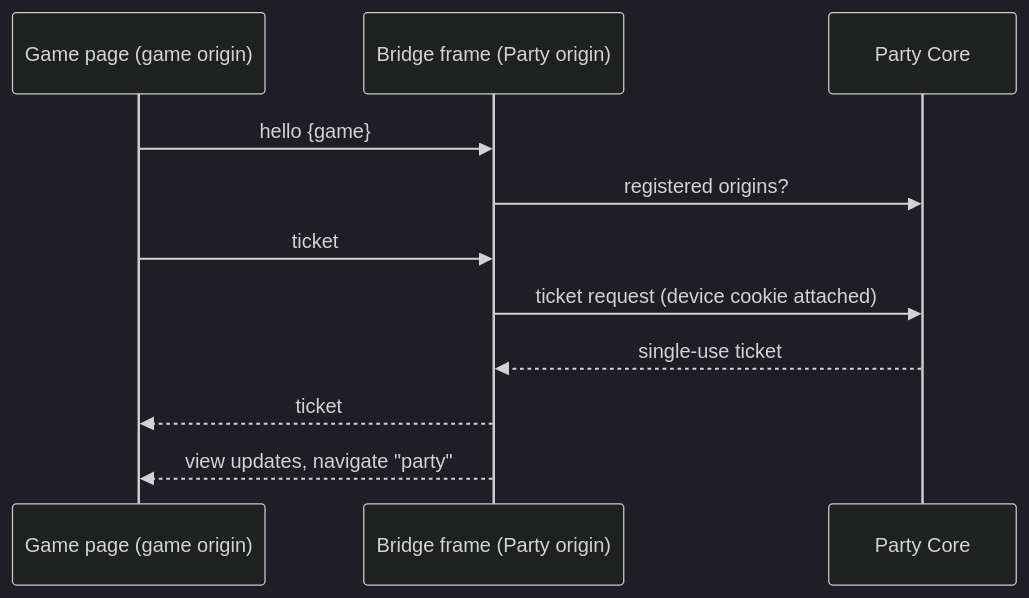
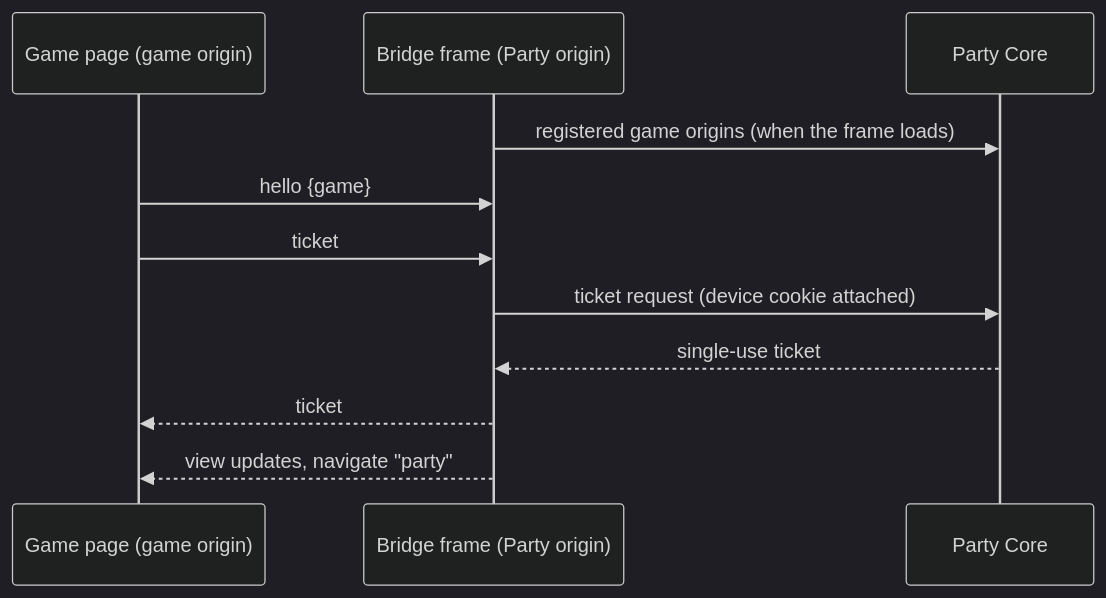
The diagram in docs/decisions/0013-party-and-game-browser-origins.md (rcnechamkin/avrana-party-docs), drawn with Mermaid (dark theme) before and after one commit. The commit also changed other lines of this file and 17 other files, not shown here.

````diff
--- a/docs/decisions/0013-party-and-game-browser-origins.md
+++ b/docs/decisions/0013-party-and-game-browser-origins.md
@@ -91,13 +92,13 @@
 ```mermaid
 sequenceDiagram
   participant G as Game page (game origin)
   participant B as Bridge frame (Party origin)
   participant P as Party Core
+  B->>P: registered game origins (when the frame loads)
   G->>B: hello {game}
-  B->>P: registered origins?
   G->>B: ticket
   B->>P: ticket request (device cookie attached)
   P-->>B: single-use ticket
   B-->>G: ticket
   B-->>G: view updates, navigate "party"
 ```
````
